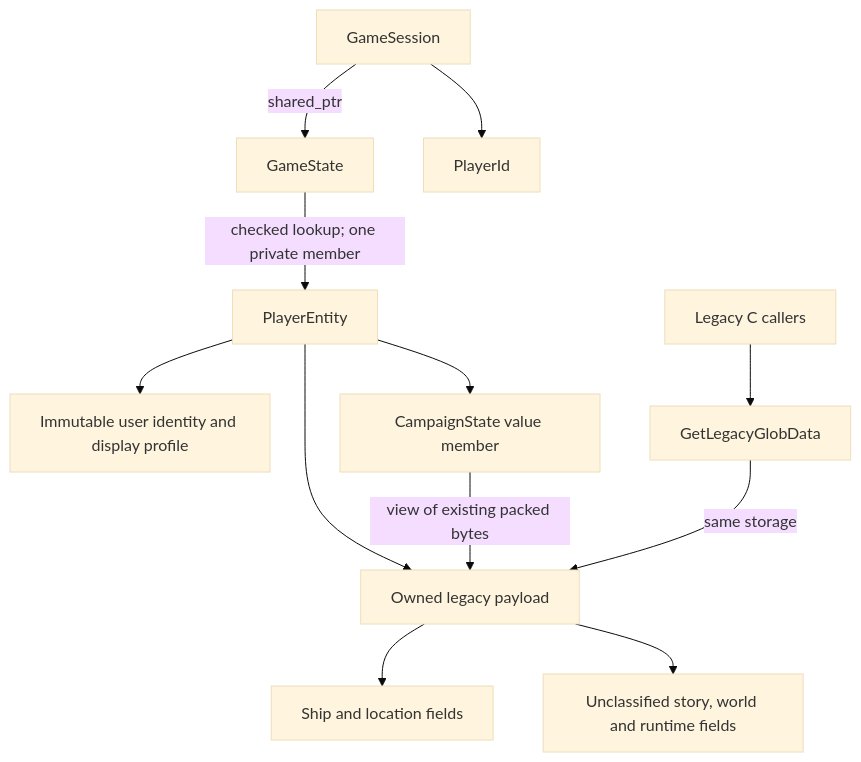
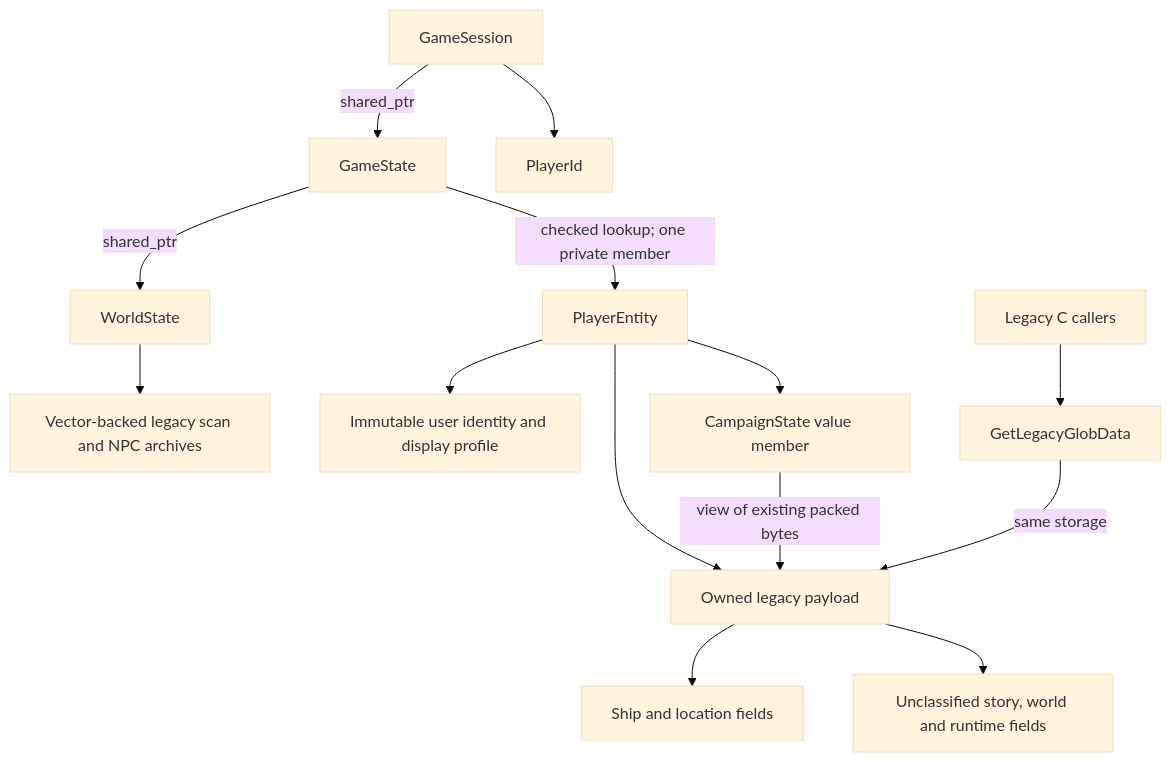
One commit to yost-jacob/uqm-cpp17 changed the diagram in docs/game-state.md. Above: the diagram before and after it, drawn with Mermaid (base theme). The commit also changed other lines of this file and 16 other files, not shown here.

Commit message:
Move legacy scan and NPC archives into shared world state

````diff
--- a/docs/game-state.md
+++ b/docs/game-state.md
@@ -7,14 +9,16 @@
 ```mermaid
 flowchart TD
     Session[GameSession] -->|shared_ptr| State[GameState]
     Session --> ID[PlayerId]
     State -->|checked lookup; one private member| Player[PlayerEntity]
+    State -->|shared_ptr| World[WorldState]
+    World --> Archives[Vector-backed legacy scan and NPC archives]
     Player --> Profile[Immutable user identity and display profile]
     Player --> Storage[Owned legacy payload]
     Player --> Campaign[CampaignState value member]
     Campaign -->|view of existing packed bytes| Storage
     Storage --> Ship[Ship and location fields]
     Storage --> Mixed[Unclassified story, world and runtime fields]
     C[Legacy C callers] --> Adapter[GetLegacyGlobData]
     Adapter -->|same storage| Storage
 ```
````
